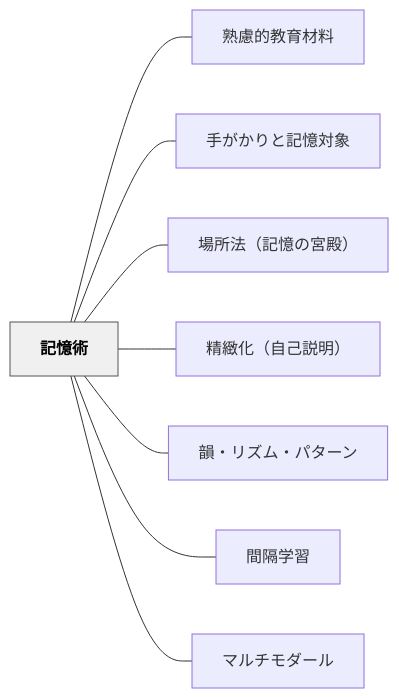
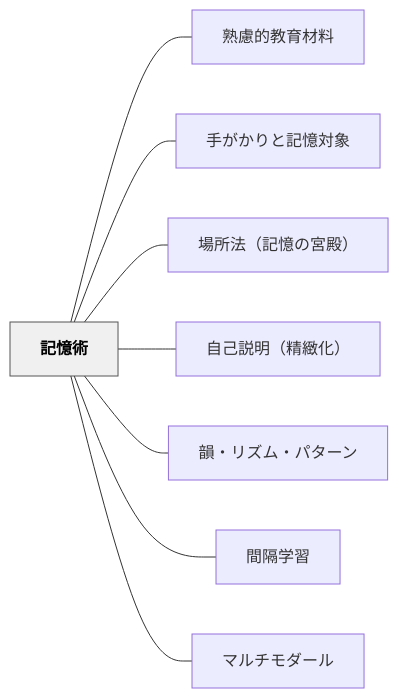
The diagram in content/パタン/記憶術.md (unknownthings-ed-patterns/unknownthings-ed-patterns), drawn with Mermaid before and after one commit. The commit also changed other lines of this file and 19 other files, not shown here.

````diff
--- a/content/パタン/記憶術.md
+++ b/content/パタン/記憶術.md
@@ -98,22 +98,22 @@
 ```mermaid
 flowchart LR
     ne8a898e686b6e8a193["記憶術"]
     ne7869fe685aee79a84e69599e882b2e69d90e69699["熟慮的教育材料"]
     ne6898be3818ce3818be3828ae381a8e8a898e686b6e5afbee8b1a1["手がかりと記憶対象"]
     ne5a0b4e68980e6b395efbc88e8a898e686b6e381aee5aeaee6aebfefbc89["場所法（記憶の宮殿）"]
-    ne7b2bee7b7bbe58c96efbc88e887aae5b7b1e8aaace6988eefbc89["精緻化（自己説明）"]
+    ne887aae5b7b1e8aaace6988eefbc88e7b2bee7b7bbe58c96efbc89["自己説明（精緻化）"]
     ne99fbbe383bbe383aae382bae383a0e383bbe38391e382bfe383bce383b3["韻・リズム・パターン"]
     ne99693e99a94e5ada6e7bf92["間隔学習"]
     ne3839ee383abe38381e383a2e38380e383bce383ab["マルチモダール"]
 
     ne8a898e686b6e8a193 --- ne7869fe685aee79a84e69599e882b2e69d90e69699
     ne8a898e686b6e8a193 --- ne6898be3818ce3818be3828ae381a8e8a898e686b6e5afbee8b1a1
     ne8a898e686b6e8a193 --- ne5a0b4e68980e6b395efbc88e8a898e686b6e381aee5aeaee6aebfefbc89
-    ne8a898e686b6e8a193 --- ne7b2bee7b7bbe58c96efbc88e887aae5b7b1e8aaace6988eefbc89
+    ne8a898e686b6e8a193 --- ne887aae5b7b1e8aaace6988eefbc88e7b2bee7b7bbe58c96efbc89
     ne8a898e686b6e8a193 --- ne99fbbe383bbe383aae382bae383a0e383bbe38391e382bfe383bce383b3
     ne8a898e686b6e8a193 --- ne99693e99a94e5ada6e7bf92
     ne8a898e686b6e8a193 --- ne3839ee383abe38381e383a2e38380e383bce383ab
 
     classDef hub fill:#f0f0f0,stroke:#555,color:#000,font-weight:bold
     class ne8a898e686b6e8a193 hub
 ```
````
